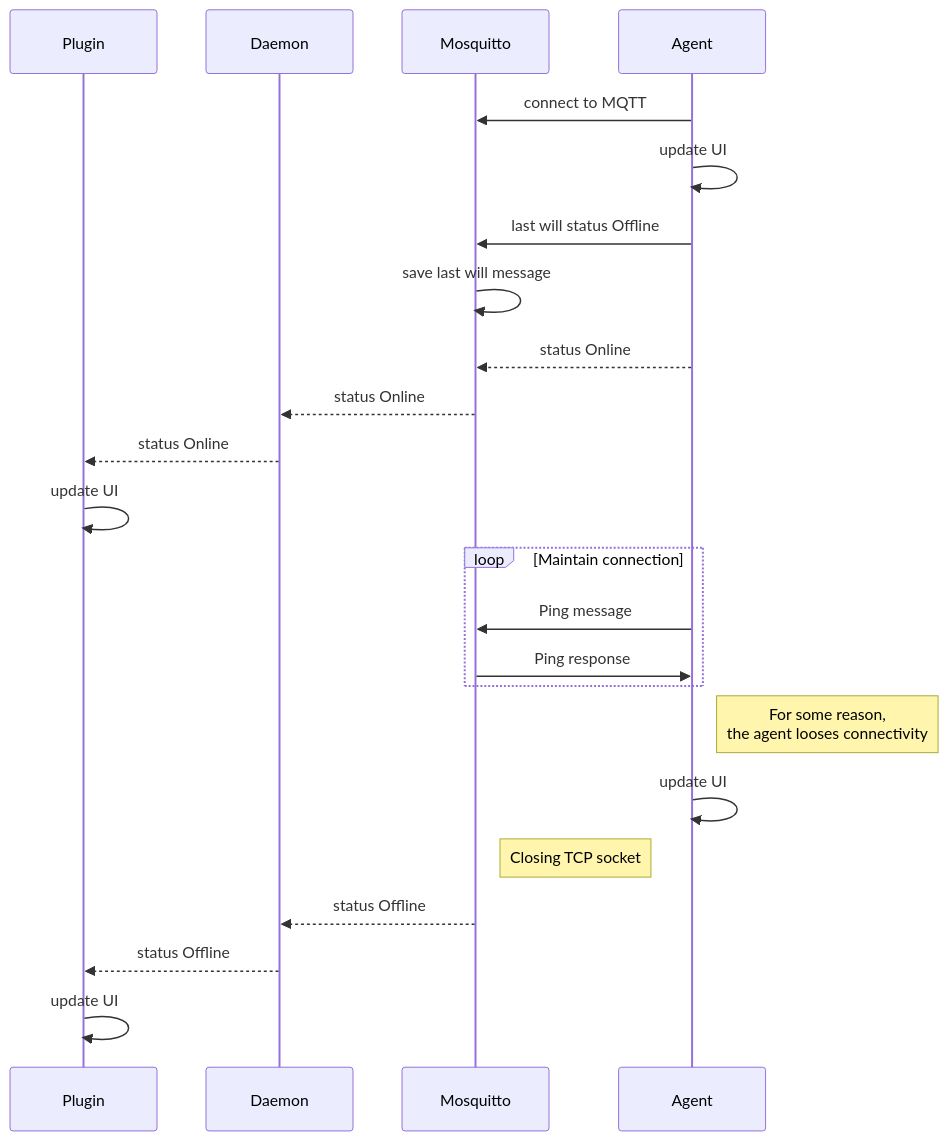
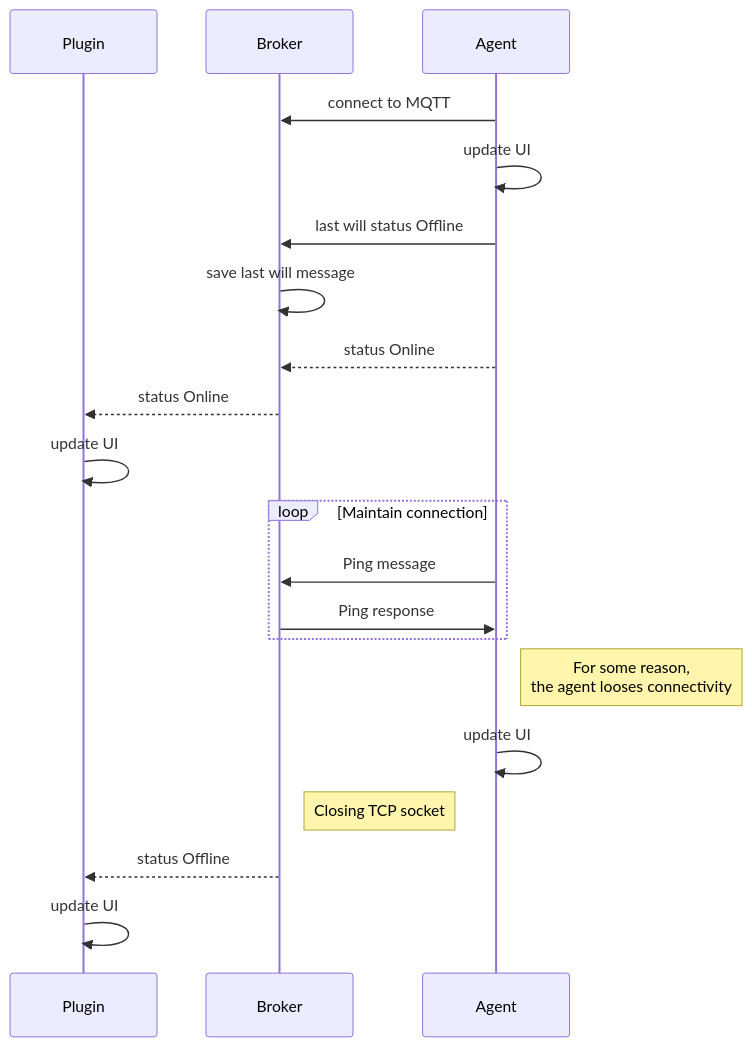
The third of 14 diagrams in source/contribute/diagrams.rst (flyve-mdm/doc), drawn with Mermaid before and after one commit. The commit also changed other lines of this file, not shown here.

First line of the commit message:
docs(uml): add fcm diagrams

```diff
--- a/source/contribute/diagrams.rst
+++ b/source/contribute/diagrams.rst
@@ -30,25 +50,22 @@
 .. mermaid::
 
    sequenceDiagram
     participant P as Plugin
-    participant D as Daemon
-    participant M as Mosquitto
+    participant B as Broker
     participant Ag as Agent
-    Ag->>M: connect to MQTT
+    Ag->>B: connect to MQTT
     Ag->>Ag: update UI
-    Ag->>M: last will status Offline
-    M->>M: save last will message
-    Ag-->>M: status Online
-    M-->>D: status Online
-    D-->>P: status Online
+    Ag->>B: last will status Offline
+    B->>B: save last will message
+    Ag-->>B: status Online
+    B-->>P: status Online
     P->>P: update UI
     loop Maintain connection
-        Ag->>M: Ping message
-        M->>Ag: Ping response
+        Ag->>B: Ping message
+        B->>Ag: Ping response
     end
     Note right of Ag: For some reason, <br/>the agent looses connectivity
     Ag->>Ag: update UI
-    Note right of M: Closing TCP socket
-    M-->>D: status Offline
-    D-->>P: status Offline
+    Note right of B: Closing TCP socket
+    B-->>P: status Offline
     P->>P: update UI
```
